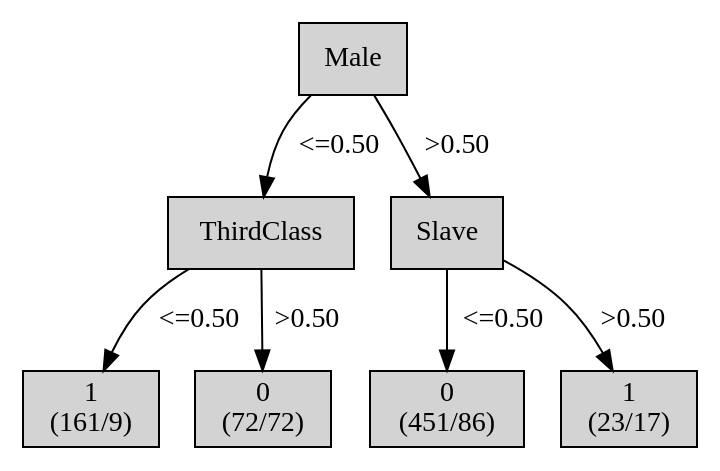
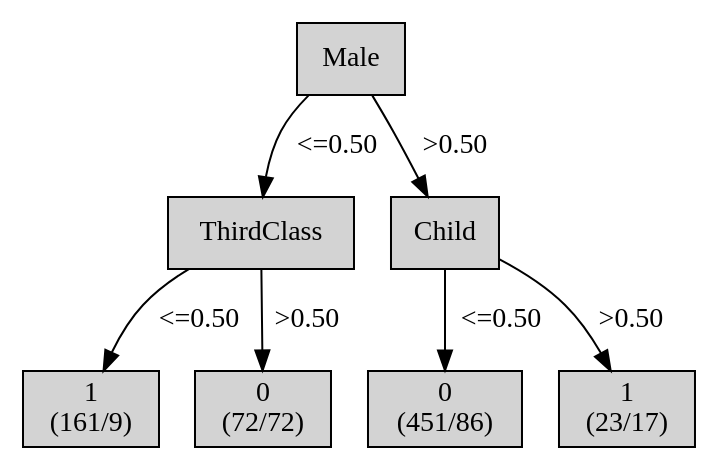
The diagram in output/tree-generator-2/tree.dot (mklb/BI-Python3), drawn with Graphviz before and after one commit. The commit also changed 14 other files, not shown here.

Commit message:
slave -> child

```diff
--- a/output/tree-generator-2/tree.dot
+++ b/output/tree-generator-2/tree.dot
@@ -1,29 +1,29 @@
 digraph ID3_Tree {
 "0" [shape=box, style=filled, label="Male
 ", weight=1]
 "1" [shape=box, style=filled, label="ThirdClass
 ", weight=2]
 0 -> 1 [ label = "<=0.50"];
 "2" [shape=box, style=filled, label="1
 (161/9)
 ", weight=3]
 1 -> 2 [ label = "<=0.50"];
 "3" [shape=box, style=filled, label="0
 (72/72)
 ", weight=3]
 1 -> 3 [ label = ">0.50"];
-"4" [shape=box, style=filled, label="Slave
+"4" [shape=box, style=filled, label="Child
 ", weight=2]
 0 -> 4 [ label = ">0.50"];
 "5" [shape=box, style=filled, label="0
 (451/86)
 ", weight=3]
 4 -> 5 [ label = "<=0.50"];
 "6" [shape=box, style=filled, label="1
 (23/17)
 ", weight=3]
 4 -> 6 [ label = ">0.50"];
 {rank=same; 0;};
 {rank=same; 1;4;};
 {rank=same; 2;3;5;6;};
 }
```
